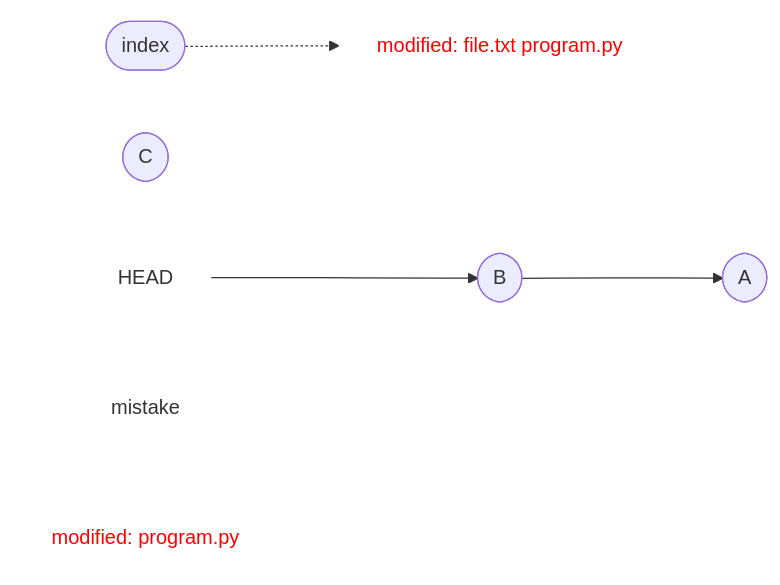
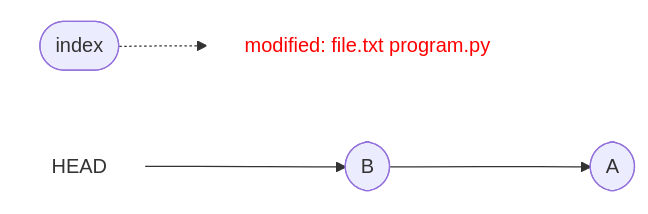
The tenth of 11 diagrams in docs/commits.md (hpc2n/course-intro-git), drawn with Mermaid before and after one commit. The commit also changed other lines of this file, not shown here.

Commit message:
Converting to github markdown mermaid style

````diff
--- a/docs/commits.md
+++ b/docs/commits.md
@@ -1056,24 +1056,17 @@
 ```mermaid
 graph LR
 
   index(["index"])
 
   file3["modified: file.txt program.py"]
   style file3 fill:#ffffff,stroke:#ffffff,color:#ff0000
   index -.-> file3
 
   A(["A"])
-  C(["C"])
   B(["B"])
   B --> A
 
   head["HEAD"]
   style head fill:#ffffff,stroke:#ffffff
   head --> B
-
-  amistake["mistake"]
-  style amistake fill:#ffffff,stroke:#ffffff
-
-  file2["modified: program.py"]
-  style file2 fill:#ffffff,stroke:#ffffff,color:#ff0000
 ```
````
